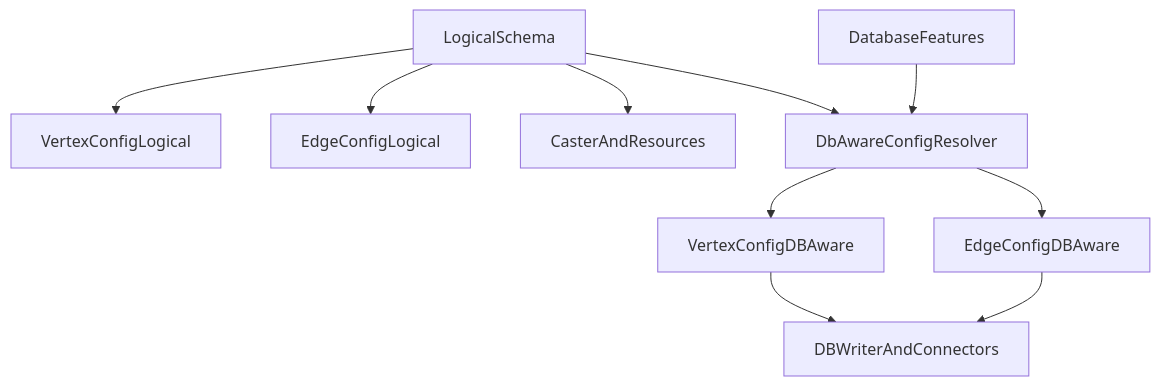
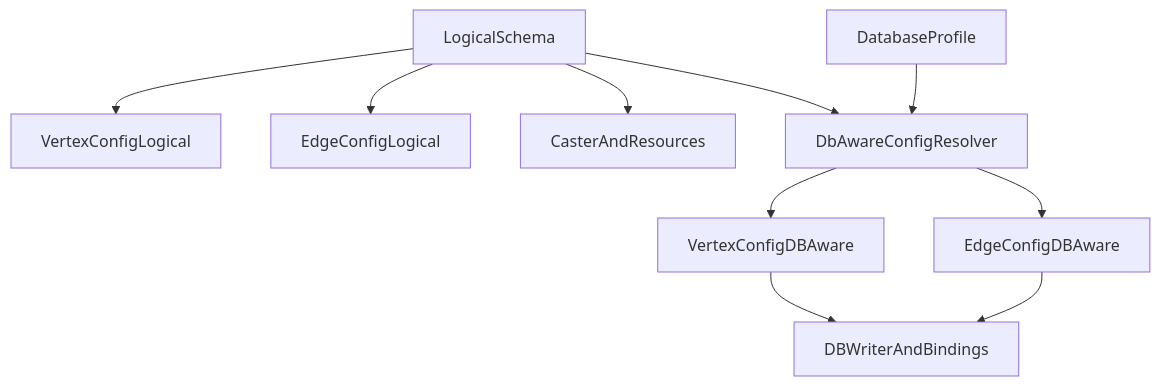
Before and after one commit to StevenBtw/graflo: the fifth of 8 diagrams in docs/concepts/index.md, drawn with Mermaid. The commit also changed other lines of this file and 97 other files, not shown here.

````diff
--- a/docs/concepts/index.md
+++ b/docs/concepts/index.md
@@ -329,22 +358,22 @@
 ```mermaid
 flowchart TD
   schema[LogicalSchema]
   vcfg[VertexConfigLogical]
   ecfg[EdgeConfigLogical]
-  dbfeat[DatabaseFeatures]
+  dbfeat[DatabaseProfile]
   resolver[DbAwareConfigResolver]
   vdb[VertexConfigDBAware]
   edb[EdgeConfigDBAware]
   caster[CasterAndResources]
-  dbwriter[DBWriterAndConnectors]
+  dbwriter[DBWriterAndBindings]
 
   schema --> vcfg
   schema --> ecfg
   schema --> caster
   schema --> resolver
   dbfeat --> resolver
   resolver --> vdb
   resolver --> edb
   vdb --> dbwriter
   edb --> dbwriter
 ```
````
